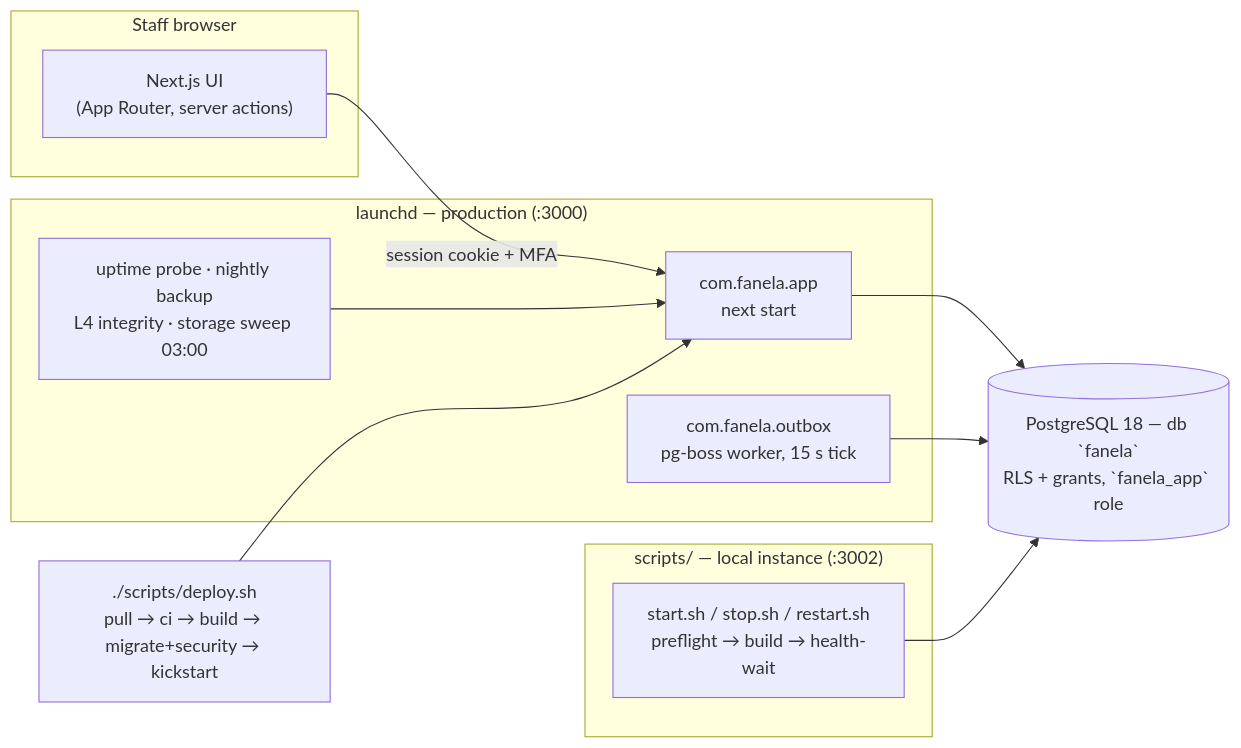
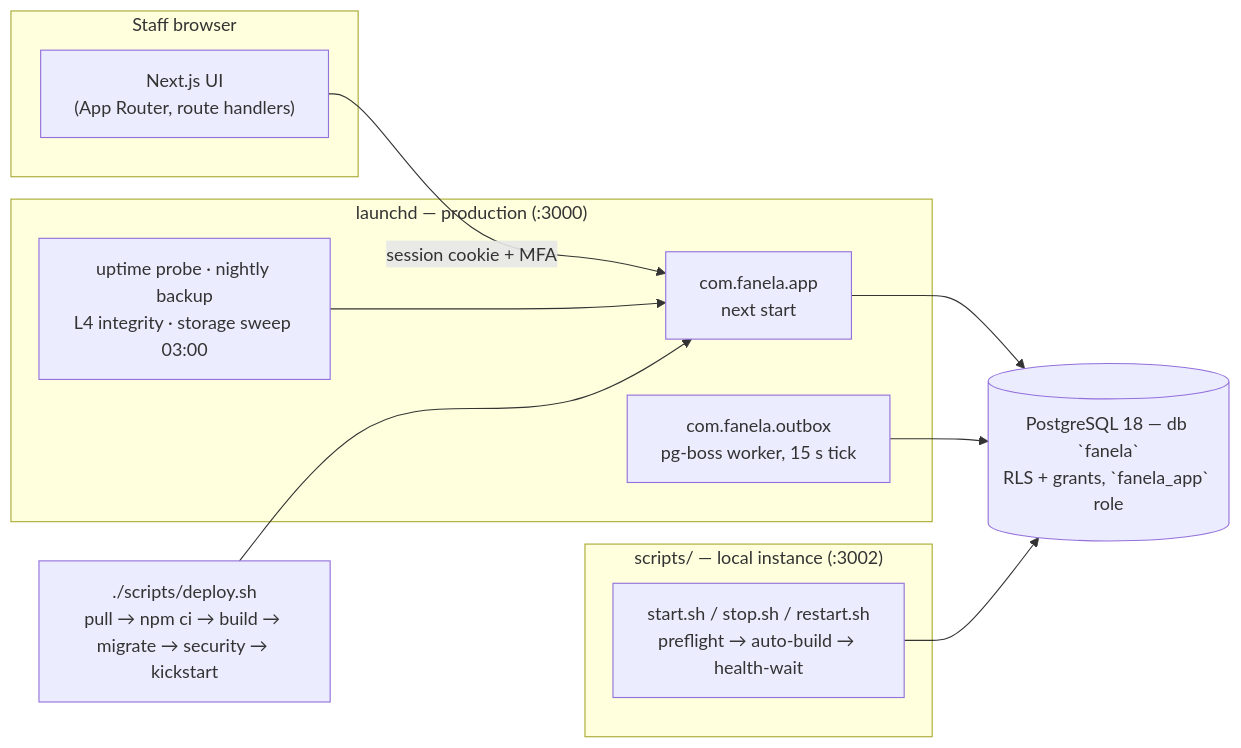
Before and after one commit to Ayyankhan101/fanela-planner: the first of 3 diagrams in README.md, drawn with Mermaid. The commit also changed other lines of this file, not shown here.

First line of the commit message:
docs: audit-fix README graphs against code

````diff
--- a/README.md
+++ b/README.md
@@ -9,22 +9,22 @@
 ```mermaid
 flowchart LR
   subgraph client["Staff browser"]
-    UI["Next.js UI<br/>(App Router, server actions)"]
+    UI["Next.js UI<br/>(App Router, route handlers)"]
   end
   subgraph prod["launchd — production (:3000)"]
     APP["com.fanela.app<br/>next start"]
     OUTBOX["com.fanela.outbox<br/>pg-boss worker, 15 s tick"]
     MON["uptime probe · nightly backup<br/>L4 integrity · storage sweep 03:00"]
   end
   subgraph local["scripts/ — local instance (:3002)"]
-    LIFECYCLE["start.sh / stop.sh / restart.sh<br/>preflight → build → health-wait"]
+    LIFECYCLE["start.sh / stop.sh / restart.sh<br/>preflight → auto-build → health-wait"]
   end
   DB[("PostgreSQL 18 — db `fanela`<br/>RLS + grants, `fanela_app` role")]
-  DEPLOY["./scripts/deploy.sh<br/>pull → ci → build → migrate+security → kickstart"]
+  DEPLOY["./scripts/deploy.sh<br/>pull → npm ci → build → migrate → security → kickstart"]
   UI -->|"session cookie + MFA"| APP
   APP --> DB
   OUTBOX --> DB
   LIFECYCLE --> DB
   MON --> APP
   DEPLOY --> APP
 ```
````
